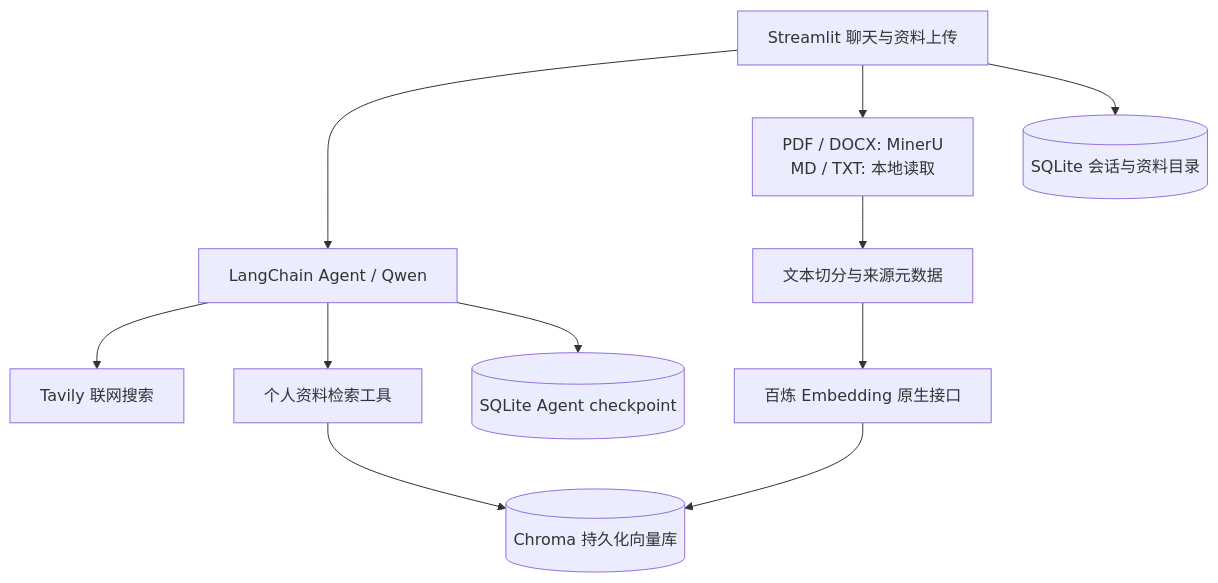
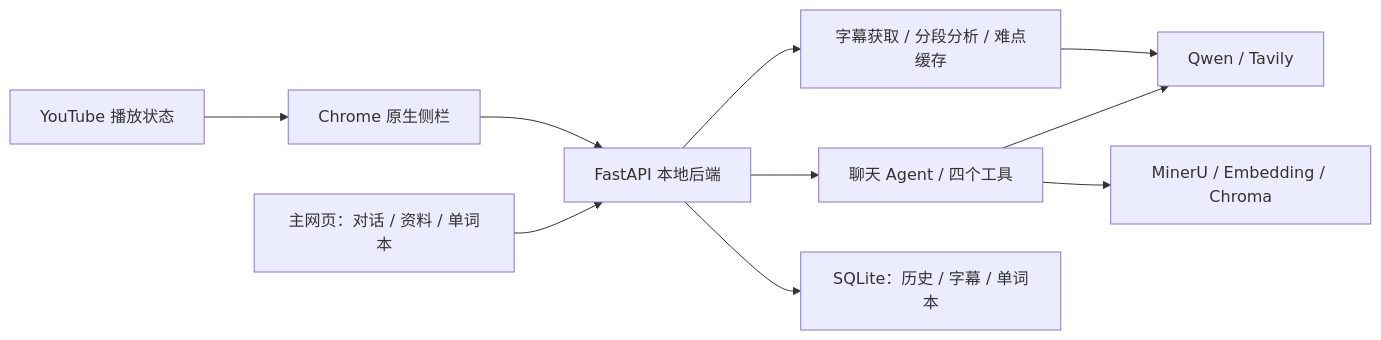
The diagram in README.md (ianlee001/english-usage-coach), drawn with Mermaid before and after one commit. The commit also changed other lines of this file and 37 other files, not shown here.

Commit message:
Release v0.2.0: web app, YouTube companion and vocabulary notebook

````diff
--- a/README.md
+++ b/README.md
@@ -25,13 +19,12 @@
 ```mermaid
-flowchart TD
-    UI[Streamlit 聊天与资料上传] --> Agent[LangChain Agent / Qwen]
-    Agent --> Search[Tavily 联网搜索]
-    Agent --> Retrieve[个人资料检索工具]
-    Retrieve --> Chroma[(Chroma 持久化向量库)]
-    UI --> Parse[PDF / DOCX: MinerU\nMD / TXT: 本地读取]
-    Parse --> Split[文本切分与来源元数据]
-    Split --> Embed[百炼 Embedding 原生接口]
-    Embed --> Chroma
-    Agent --> Checkpoint[(SQLite Agent checkpoint)]
-    UI --> Catalog[(SQLite 会话与资料目录)]
+flowchart LR
+    Web[主网页：对话 / 资料 / 单词本] --> API[FastAPI 本地后端]
+    YouTube[YouTube 播放状态] --> Side[Chrome 原生侧栏]
+    Side --> API
+    API --> Agent[聊天 Agent / 四个工具]
+    API --> Video[字幕获取 / 分段分析 / 难点缓存]
+    Agent --> Qwen[Qwen / Tavily]
+    Agent --> RAG[MinerU / Embedding / Chroma]
+    Video --> Qwen
+    API --> SQLite[SQLite：历史 / 字幕 / 单词本]
 ```
````
